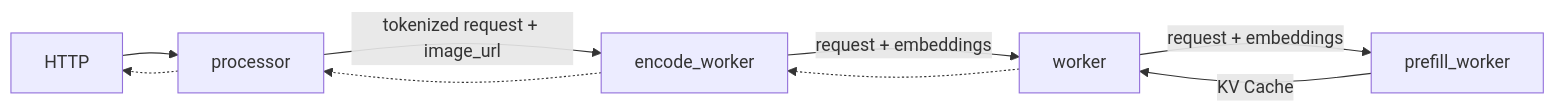
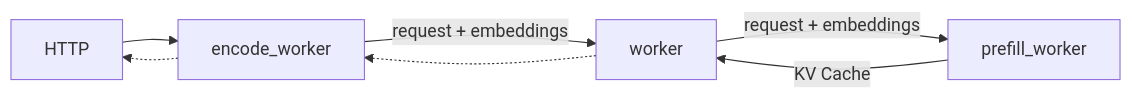
Before and after one commit to ai-dynamo/dynamo: the third of 3 diagrams in fern/pages-dev/features/multimodal/multimodal-sglang.md, drawn with Mermaid. The commit also changed other lines of this file and 1 other file, not shown here.

````diff
--- a/fern/pages-dev/features/multimodal/multimodal-sglang.md
+++ b/fern/pages-dev/features/multimodal/multimodal-sglang.md
@@ -193,12 +186,10 @@
 ```mermaid
 flowchart LR
-  HTTP --> processor
-  processor --tokenized request + image_url--> encode_worker
+  HTTP --> encode_worker
   encode_worker --request + embeddings--> worker
   worker --request + embeddings--> prefill_worker
 
   prefill_worker --KV Cache--> worker
-  encode_worker -.-> processor
   worker -.-> encode_worker
-  processor -.-> HTTP
+  encode_worker -.-> HTTP
 ```
````
